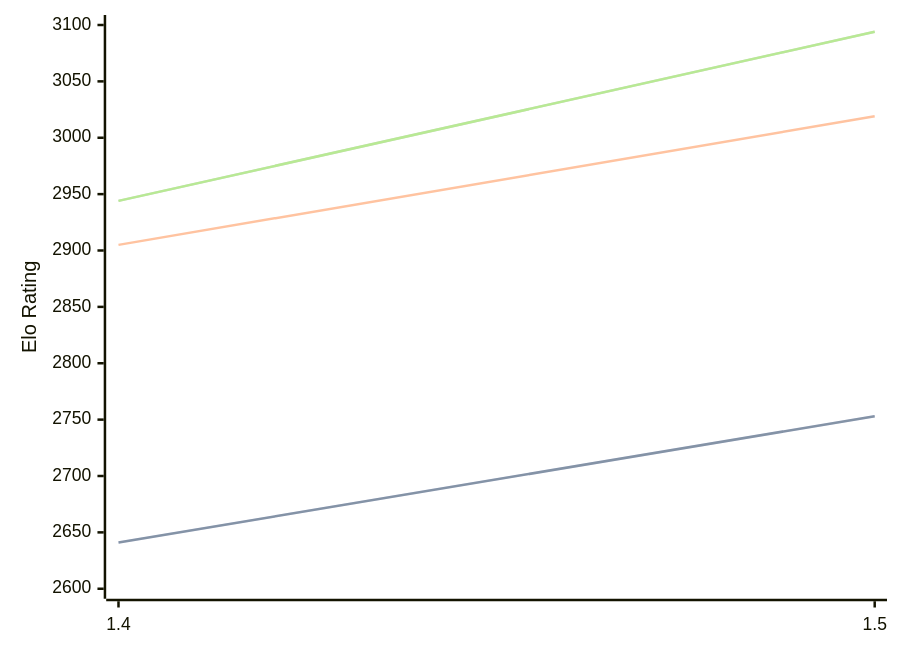
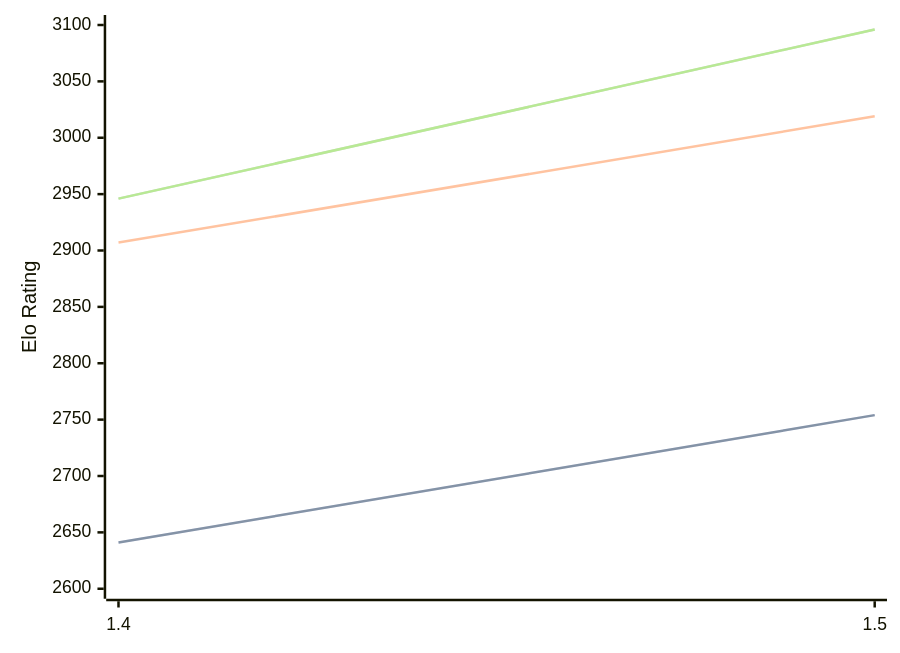
The first of 3 diagrams in engines/Yakka.md (computer-chess-index/cci), drawn with Mermaid before and after one commit. The commit also changed other lines of this file, not shown here.

Commit message:
Update CCI Ratings (ELO VLTC) - 2026-06-22

````diff
--- a/engines/Yakka.md
+++ b/engines/Yakka.md
@@ -36,11 +36,11 @@
 ```mermaid
 %%{init: {"theme":"base","themeVariables":{"seriesColors:['#a3a3a3','#222221','#faa371']}}}%%
 xychart-beta
   x-axis ["1.4", "1.5"]
   y-axis "Elo Rating" 2600 --> 3100
-  line "STC (8.0+0.08s)" [2641, 2753]
-  line "STC (8.0+0.08s)" [2641, 2753]
-  line "LTC (60.0+0.60s)" [2905, 3019]
-  line "VLTC (2m24s+1.12s)" [2944, 3094]
-  line "VLTC (2m24s+1.12s)" [2944, 3094]
+  line "STC (8.0+0.08s)" [2641, 2754]
+  line "STC (8.0+0.08s)" [2641, 2754]
+  line "LTC (60.0+0.60s)" [2907, 3019]
+  line "VLTC (2m24s+1.12s)" [2946, 3096]
+  line "VLTC (2m24s+1.12s)" [2946, 3096]
 ```
````
